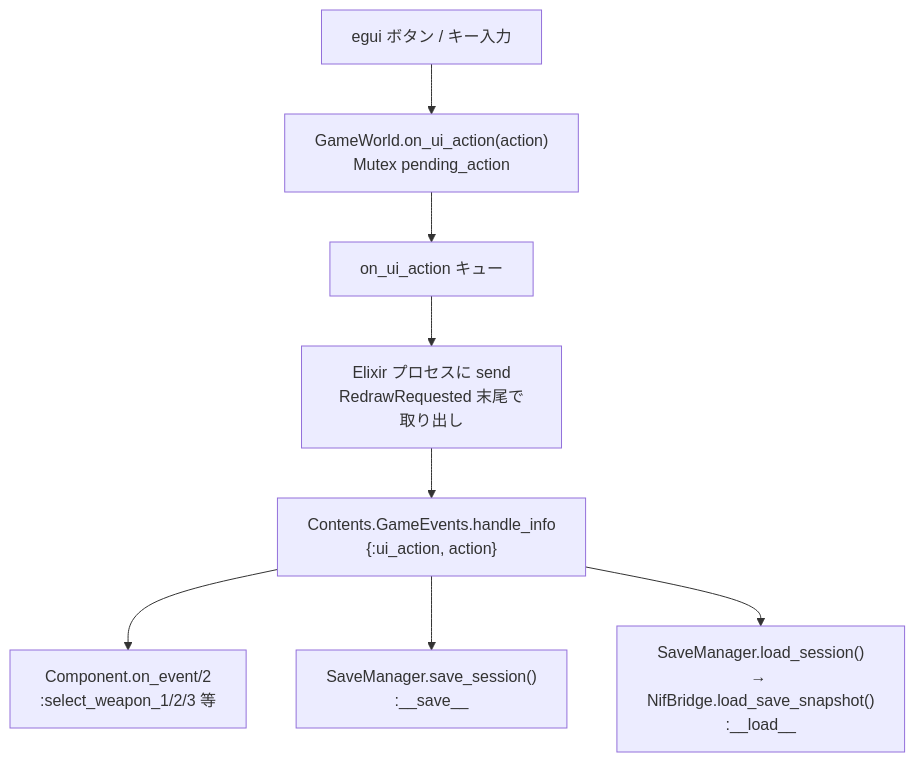
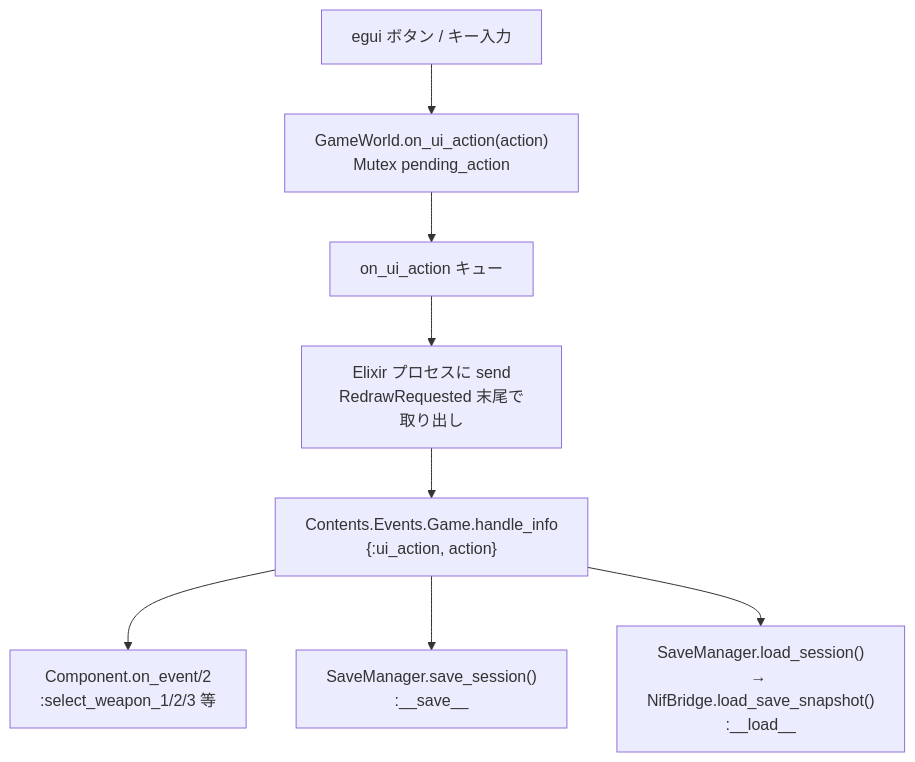
Before and after one commit to FRICK-ELDY/alchemy-engine: the tenth of 16 diagrams in docs/architecture/overview.md, drawn with Mermaid. The commit also changed other lines of this file and 16 other files, not shown here.

Commit message:
refactor(contents): GameEvents を Contents.Events.Game に移行（Phase 1）

````diff
--- a/docs/architecture/overview.md
+++ b/docs/architecture/overview.md
@@ -451,16 +451,16 @@
 ```mermaid
 flowchart TD
     UI[egui ボタン / キー入力]
     OUA["GameWorld.on_ui_action(action)\nMutex pending_action"]
     Q[on_ui_action キュー]
     SEND["Elixir プロセスに send\nRedrawRequested 末尾で取り出し"]
-    GEV["Contents.GameEvents.handle_info\n{:ui_action, action}"]
+    GEV["Contents.Events.Game.handle_info\n{:ui_action, action}"]
     W1["Component.on_event/2\n:select_weapon_1/2/3 等"]
     W2["SaveManager.save_session()\n:__save__"]
     W3["SaveManager.load_session()\n→ NifBridge.load_save_snapshot()\n:__load__"]
 
     UI --> OUA --> Q --> SEND --> GEV
     GEV --> W1
     GEV --> W2
     GEV --> W3
 ```
````
